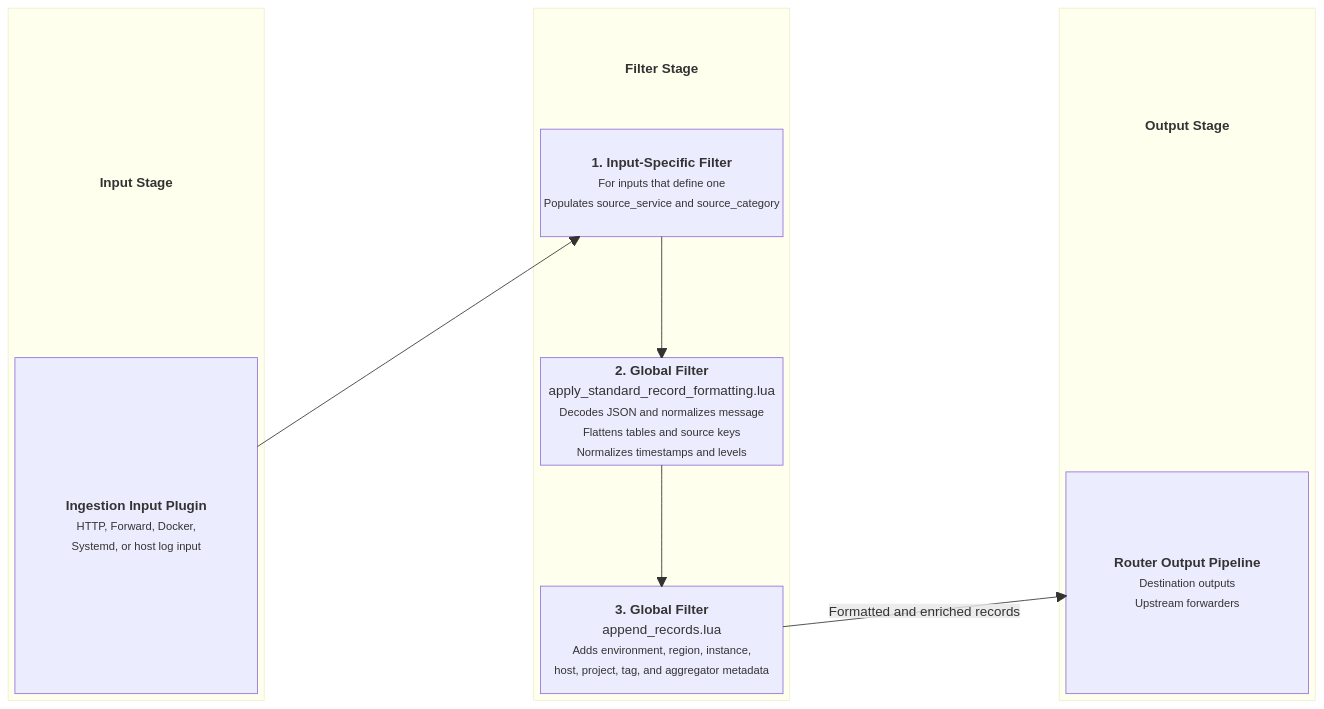
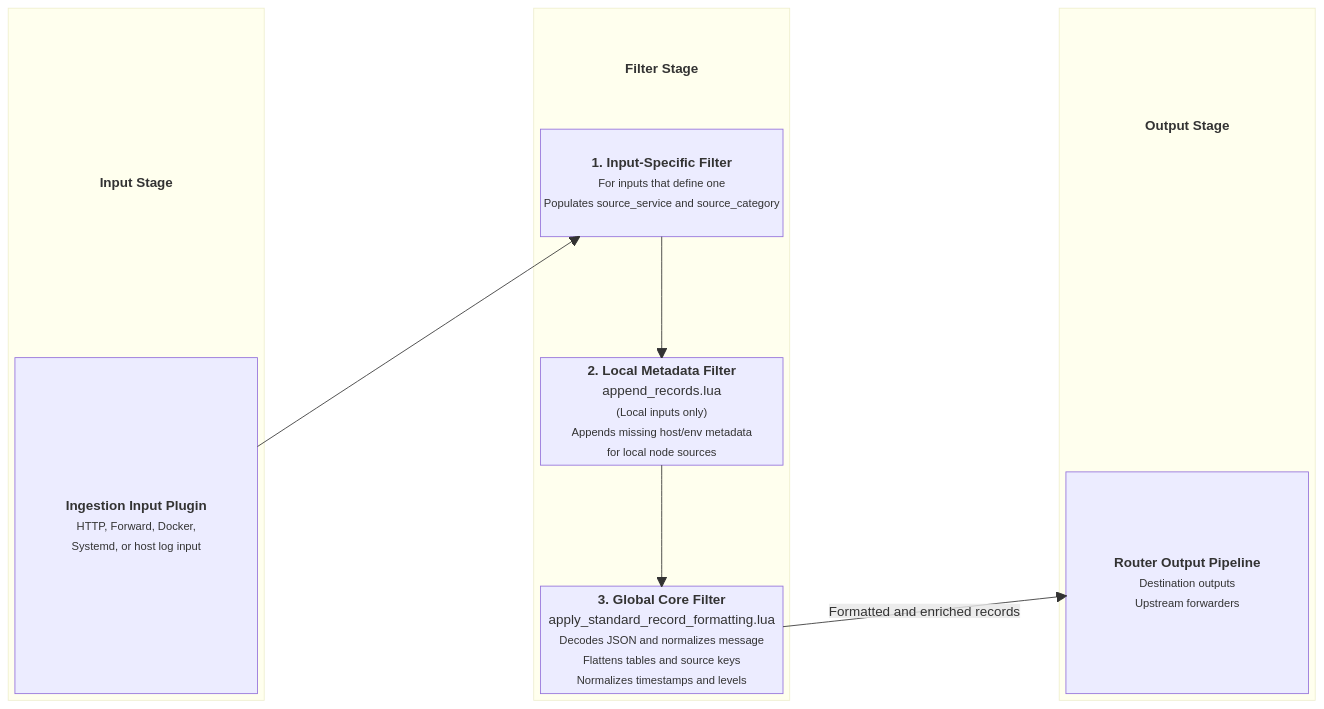
One commit to Josh5/fluent-bit-router changed the first of 2 diagrams in docs/input-global-filters.md. Above: the diagram before and after it, drawn with Mermaid. The commit also changed other lines of this file and 3 other files, not shown here.

````diff
--- a/docs/input-global-filters.md
+++ b/docs/input-global-filters.md
@@ -13,40 +13,40 @@
 ```mermaid
 block-beta
     columns 5
 
     block:InputStage
         columns 1
         InputTitle["<b>Input Stage</b>"]
         A["<b>Ingestion Input Plugin</b><br/><small>HTTP, Forward, Docker,<br/>Systemd, or host log input</small>"]
     end
 
     space
 
     block:FilterStage
         columns 1
         FilterTitle["<b>Filter Stage</b>"]
         B["<b>1. Input-Specific Filter</b><br/><small>For inputs that define one<br/>Populates source_service and source_category</small>"]
         space
-        C["<b>2. Global Filter</b><br/>apply_standard_record_formatting.lua<br/><small>Decodes JSON and normalizes message<br/>Flattens tables and source keys<br/>Normalizes timestamps and levels</small>"]
+        C["<b>2. Local Metadata Filter</b><br/>append_records.lua<br/><small>(Local inputs only)<br/>Appends missing host/env metadata<br/>for local node sources</small>"]
         space
-        D["<b>3. Global Filter</b><br/>append_records.lua<br/><small>Adds environment, region, instance,<br/>host, project, tag, and aggregator metadata</small>"]
+        D["<b>3. Global Core Filter</b><br/>apply_standard_record_formatting.lua<br/><small>Decodes JSON and normalizes message<br/>Flattens tables and source keys<br/>Normalizes timestamps and levels</small>"]
     end
 
     space
 
     block:OutputStage
         columns 1
         OutputTitle["<b>Output Stage</b>"]
         space
         E["<b>Router Output Pipeline</b><br/><small>Destination outputs<br/>Upstream forwarders</small>"]
     end
 
     A --> B
     B --> C
     C --> D
     D -- "Formatted and enriched records" --> E
 
     style InputTitle fill:none,stroke:none
     style FilterTitle fill:none,stroke:none
     style OutputTitle fill:none,stroke:none
 ```
````
